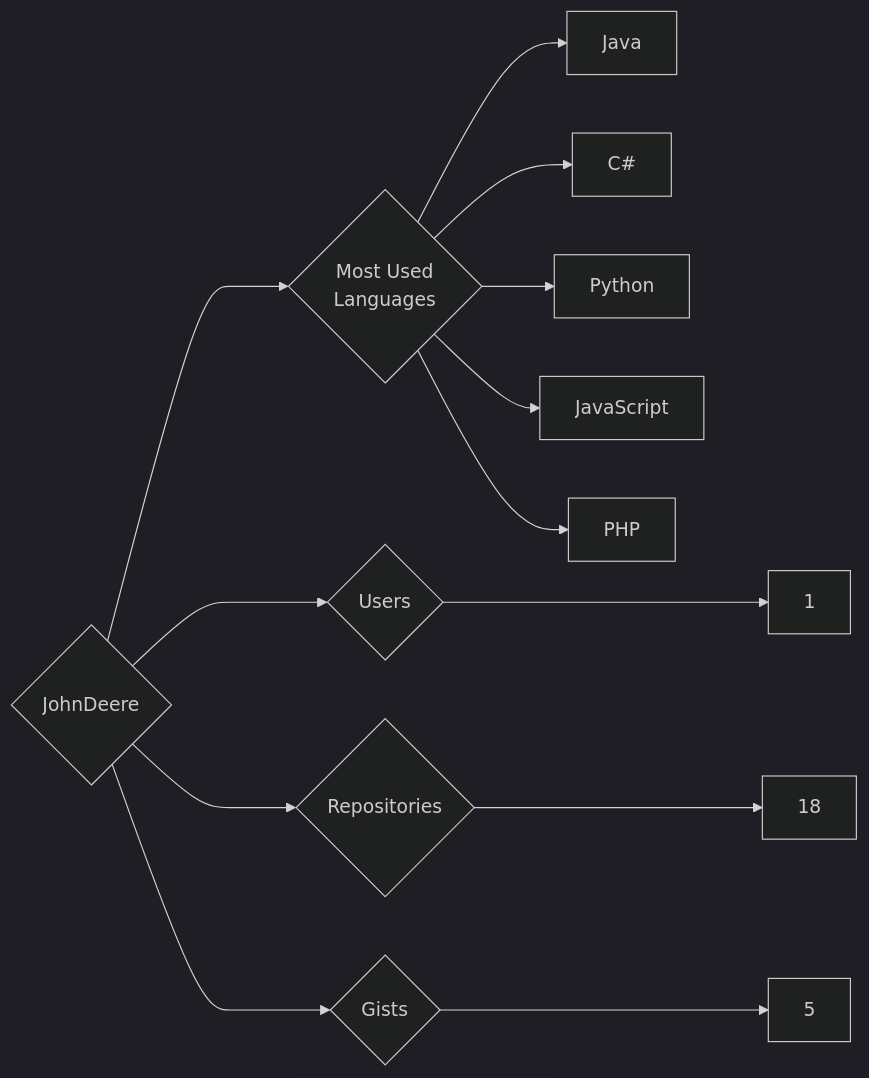
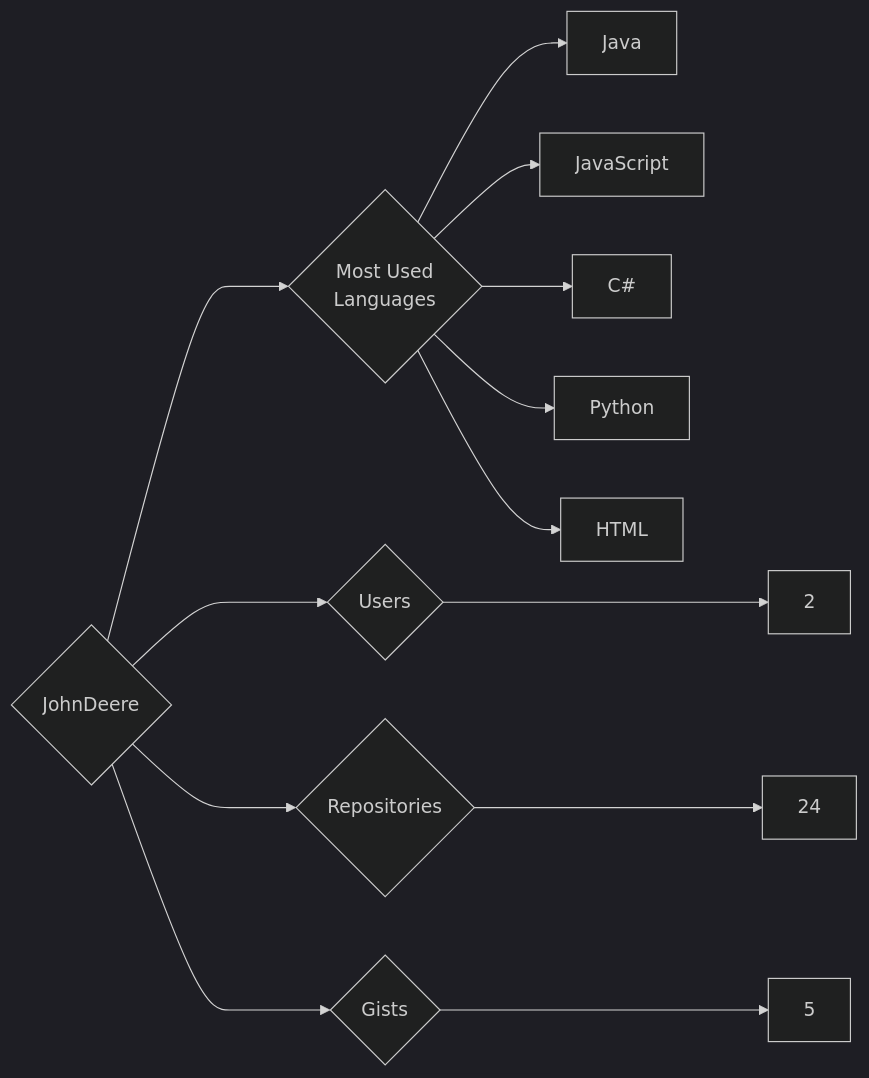
The diagram in targets/JohnDeere/README.md (trickest/insiders), drawn with Mermaid (dark theme) before and after one commit. The commit also changed 914 other files, not shown here.

````diff
--- a/targets/JohnDeere/README.md
+++ b/targets/JohnDeere/README.md
@@ -3,13 +3,13 @@
 ```mermaid
 graph LR
 COMPANY_NAME{JohnDeere}
-COMPANY_NAME ---> U{Users} ---> UN[1]
-COMPANY_NAME ---> R{Repositories} ---> RN[18]
+COMPANY_NAME ---> U{Users} ---> UN[2]
+COMPANY_NAME ---> R{Repositories} ---> RN[24]
 COMPANY_NAME ---> G{Gists} ---> GN[5]
 COMPANY_NAME ---> ML{Most Used<br>Languages}
 ML --> Java[Java]
+ML --> JavaScript[JavaScript]
 ML --> C#[C#]
 ML --> Python[Python]
-ML --> JavaScript[JavaScript]
-ML --> PHP[PHP]
+ML --> HTML[HTML]
 ```
````
